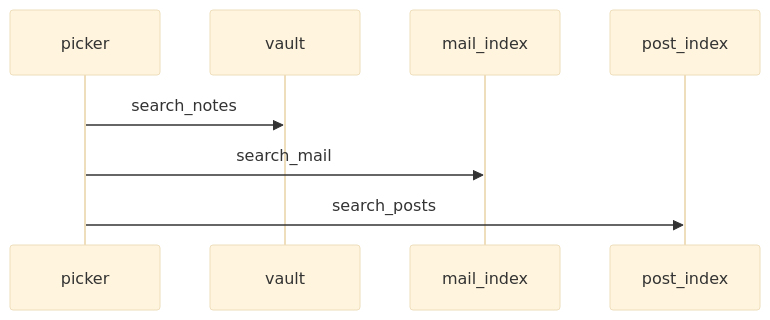
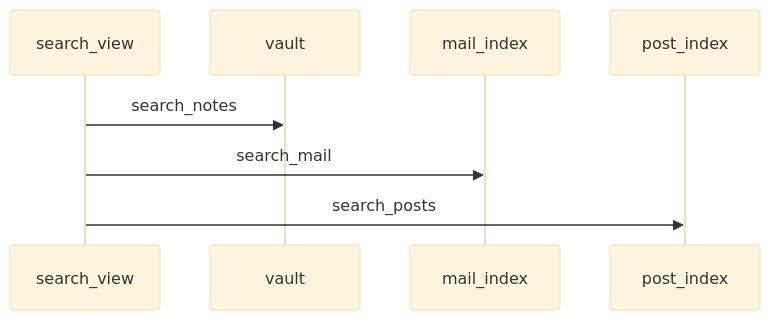
The diagram in docs/dataflow/vault-search.md (rabalyn/shale), drawn with Mermaid (base theme) before and after one commit. The commit also changed 25 other files, not shown here.

First line of the commit message:
Sidebar search: the same engine as Space f g (mail, posts, wildcards, keyboard to every group)

````diff
--- a/docs/dataflow/vault-search.md
+++ b/docs/dataflow/vault-search.md
@@ -8,10 +8,10 @@
 ```mermaid
 sequenceDiagram
-    participant picker
+    participant search_view
     participant vault
     participant mail_index
     participant post_index
-    picker->>vault: search_notes
-    picker->>mail_index: search_mail
-    picker->>post_index: search_posts
+    search_view->>vault: search_notes
+    search_view->>mail_index: search_mail
+    search_view->>post_index: search_posts
 ```
````
